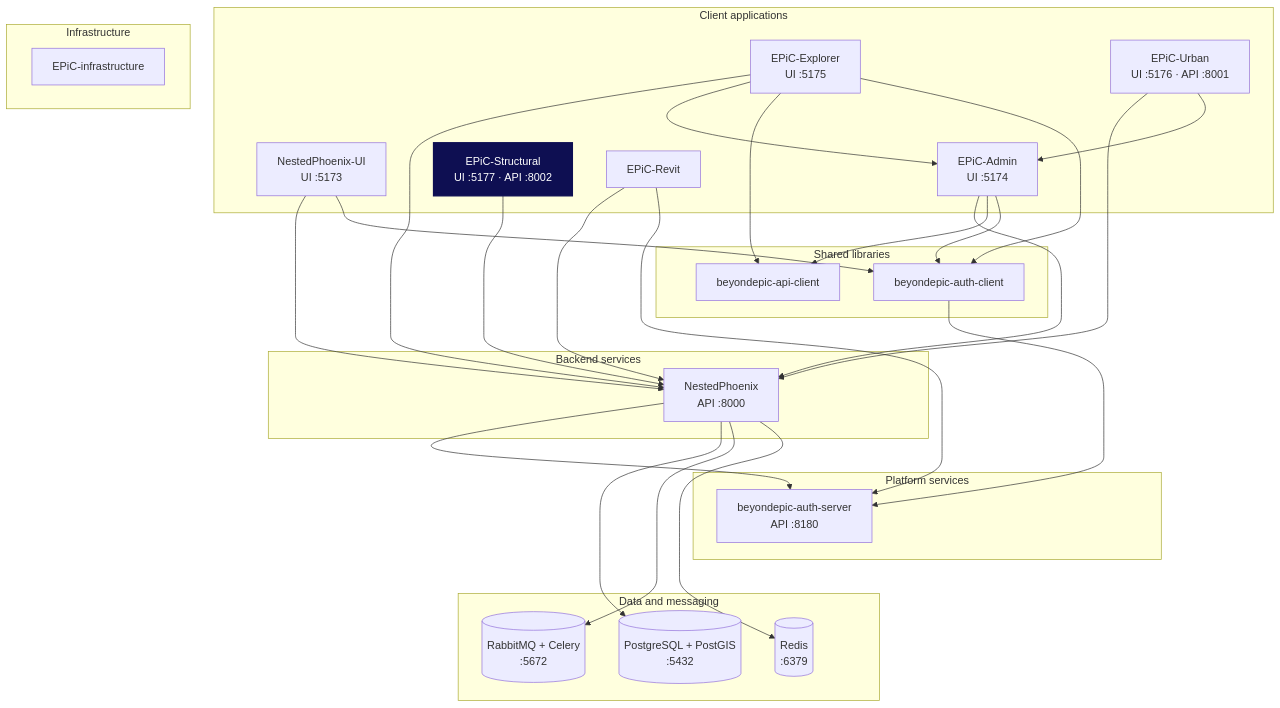
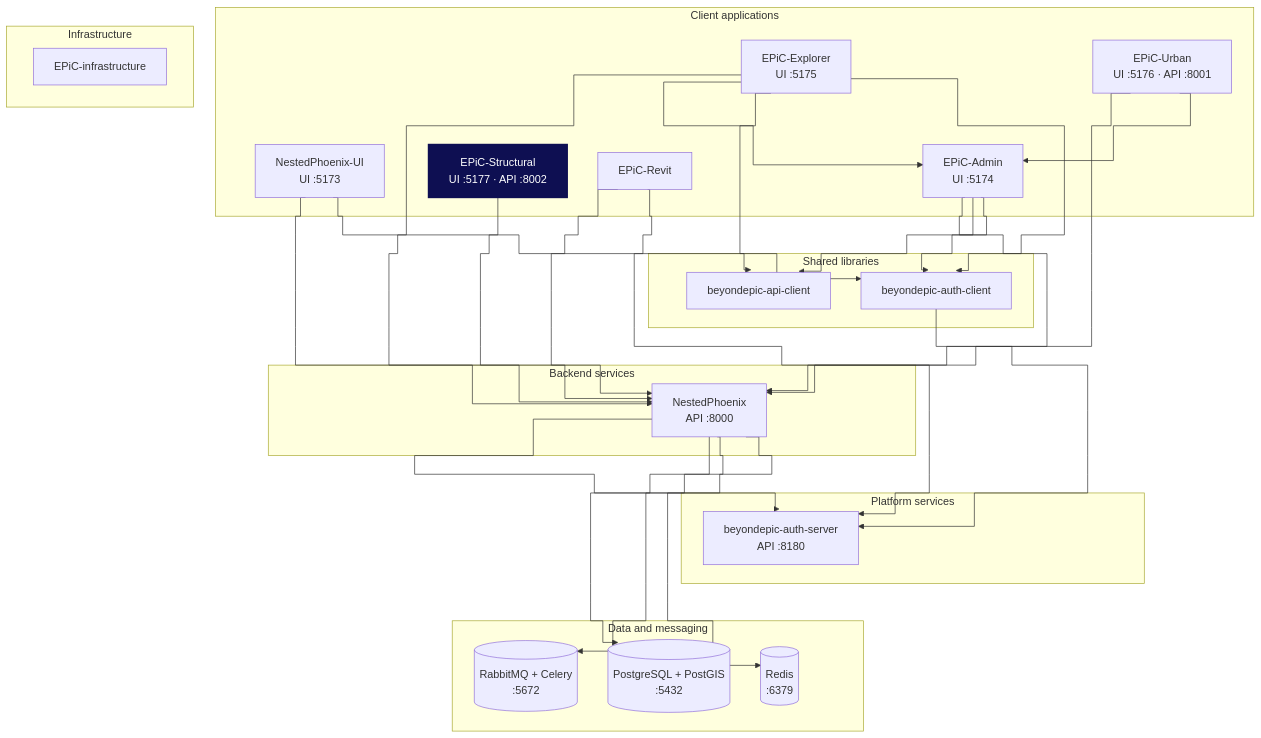
Before and after one commit to beyondepic/EPiC-Structural: the diagram in README.md, drawn with Mermaid.

Commit message:
docs(diagram): orthogonal edge routing so the graph is readable (#3)
Mermaid's default curve (basis) draws bezier curves. On a graph this dense that
reads as crossing spaghetti and it was hard to tell which box an edge landed on.
curve: step gives right-angle routing, so each edge is traceable, and the tier
spacing is tightened.

Compared linear/step/stepAfter/basis as rendered PNGs before choosing, and
confirmed the ~~~ layout links draw 0 arrowheads - they constrain tier order
without implying a dependency.

Generated: edit .context/repos.yaml in beyondepic-workspace, not this block.

````diff
--- a/README.md
+++ b/README.md
@@ -36,53 +36,54 @@
 ```mermaid
+%%{init: {"flowchart": {"curve": "step", "nodeSpacing": 45, "rankSpacing": 55}}}%%
 graph TD
     subgraph client["Client applications"]
         NestedPhoenix_UI["NestedPhoenix-UI<br/>UI :5173"]
         EPiC_Admin["EPiC-Admin<br/>UI :5174"]
         EPiC_Explorer["EPiC-Explorer<br/>UI :5175"]
         EPiC_Urban["EPiC-Urban<br/>UI :5176 · API :8001"]
         EPiC_Structural["EPiC-Structural<br/>UI :5177 · API :8002"]
         EPiC_Revit["EPiC-Revit"]
     end
     subgraph shared["Shared libraries"]
         beyondepic_api_client["beyondepic-api-client"]
         beyondepic_auth_client["beyondepic-auth-client"]
     end
     subgraph service["Backend services"]
         NestedPhoenix["NestedPhoenix<br/>API :8000"]
     end
     subgraph platform["Platform services"]
         beyondepic_auth_server["beyondepic-auth-server<br/>API :8180"]
     end
     subgraph infra["Infrastructure"]
         EPiC_infrastructure["EPiC-infrastructure"]
     end
     subgraph data["Data and messaging"]
         postgresql[("PostgreSQL + PostGIS<br/>:5432")]
         rabbitmq[("RabbitMQ + Celery<br/>:5672")]
         redis[("Redis<br/>:6379")]
     end
     NestedPhoenix_UI --> NestedPhoenix
     NestedPhoenix_UI --> beyondepic_auth_client
     EPiC_Admin --> NestedPhoenix
     EPiC_Admin --> beyondepic_api_client
     EPiC_Admin --> beyondepic_auth_client
     EPiC_Explorer --> NestedPhoenix
     EPiC_Explorer --> EPiC_Admin
     EPiC_Explorer --> beyondepic_api_client
     EPiC_Explorer --> beyondepic_auth_client
     EPiC_Urban --> NestedPhoenix
     EPiC_Urban --> EPiC_Admin
     EPiC_Structural --> NestedPhoenix
     EPiC_Revit --> NestedPhoenix
     EPiC_Revit --> beyondepic_auth_server
     beyondepic_auth_client --> beyondepic_auth_server
     NestedPhoenix --> beyondepic_auth_server
     NestedPhoenix --> postgresql
     NestedPhoenix --> rabbitmq
     NestedPhoenix --> redis
     NestedPhoenix_UI ~~~ beyondepic_api_client
     beyondepic_api_client ~~~ NestedPhoenix
     NestedPhoenix ~~~ beyondepic_auth_server
     beyondepic_auth_server ~~~ postgresql
     style EPiC_Structural fill:#0E0F52,color:#fff,stroke:#0E0F52,stroke-width:2px
 ```
````
